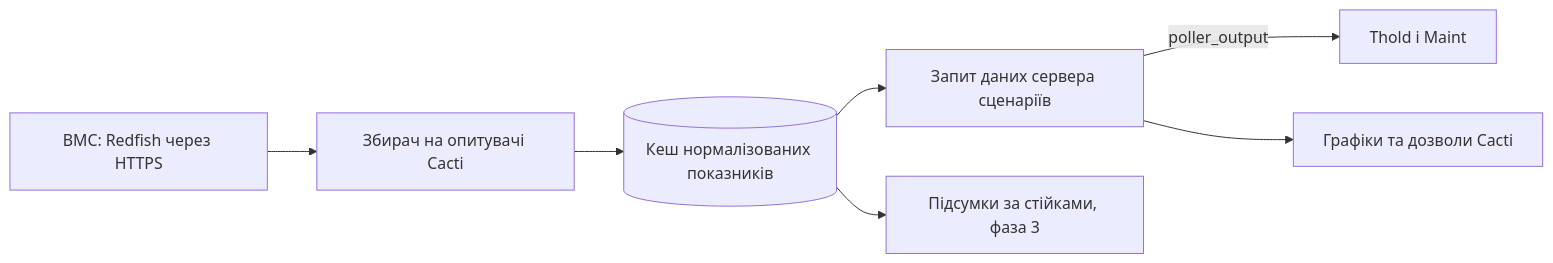
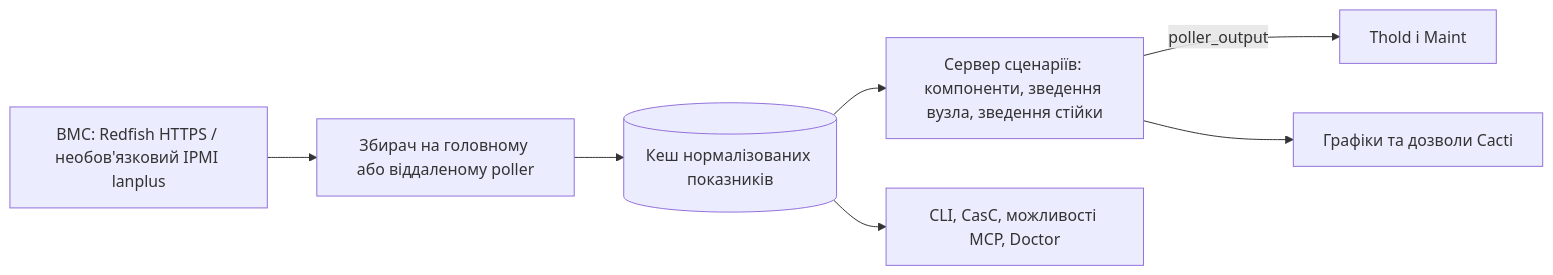
One commit to somethingwithproof/plugin_redfish changed the diagram in docs/i18n/uk-UA/README.md. Above: the diagram before and after it, drawn with Mermaid. The commit also changed other lines of this file and 47 other files, not shown here.

````diff
--- a/docs/i18n/uk-UA/README.md
+++ b/docs/i18n/uk-UA/README.md
@@ -100,9 +140,9 @@
 ```mermaid
 flowchart LR
-    BMC["BMC: Redfish через HTTPS"] --> C["Збирач на опитувачі Cacti"]
+    BMC["BMC: Redfish HTTPS / необов'язковий IPMI lanplus"] --> C["Збирач на головному або віддаленому poller"]
     C --> CACHE[("Кеш нормалізованих показників")]
-    CACHE --> SS["Запит даних сервера сценаріїв"]
+    CACHE --> SS["Сервер сценаріїв: компоненти, зведення вузла, зведення стійки"]
     SS -->|poller_output| T["Thold і Maint"]
     SS --> G["Графіки та дозволи Cacti"]
-    CACHE --> R["Підсумки за стійками, фаза 3"]
+    CACHE --> ECO["CLI, CasC, можливості MCP, Doctor"]
 ```
````
